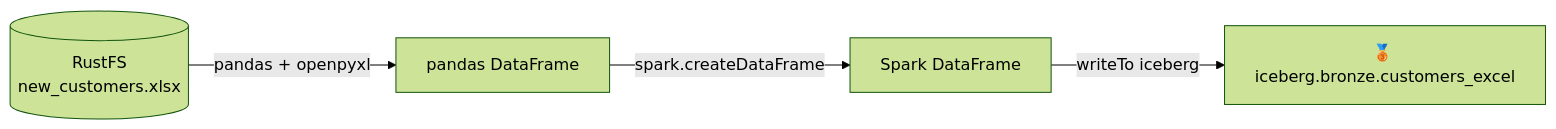
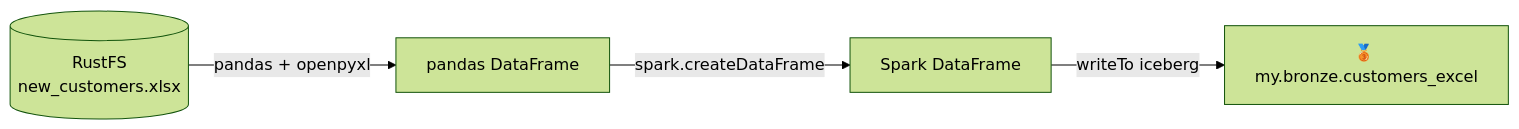
One commit to maarthala/data-engineering-lab changed the diagram in training/docs/recipes/excel.md. Above: the diagram before and after it, drawn with Mermaid (forest theme). The commit also changed other lines of this file and 55 other files, not shown here.

````diff
--- a/training/docs/recipes/excel.md
+++ b/training/docs/recipes/excel.md
@@ -13,6 +13,6 @@
 ```mermaid
 flowchart LR
   X[(RustFS<br/>new_customers.xlsx)] -->|pandas + openpyxl| P[pandas DataFrame]
   P -->|spark.createDataFrame| S[Spark DataFrame]
-  S -->|writeTo iceberg| B["🥉 iceberg.bronze.customers_excel"]
+  S -->|writeTo iceberg| B["🥉 my.bronze.customers_excel"]
 ```
````
